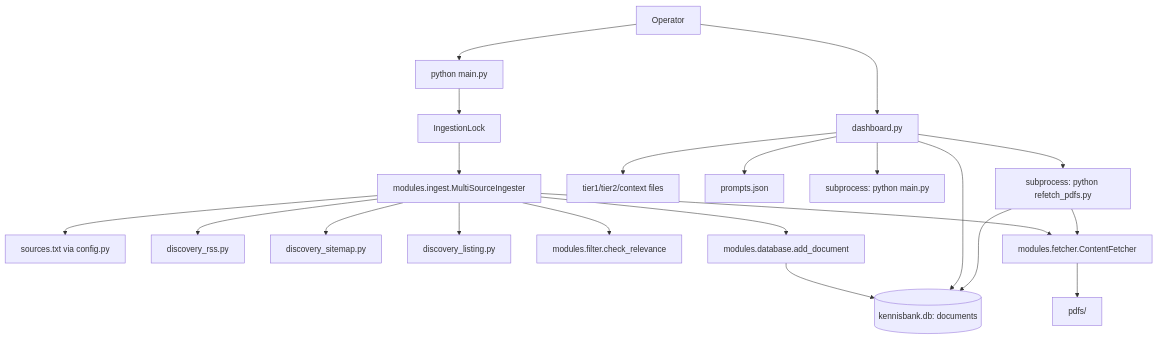
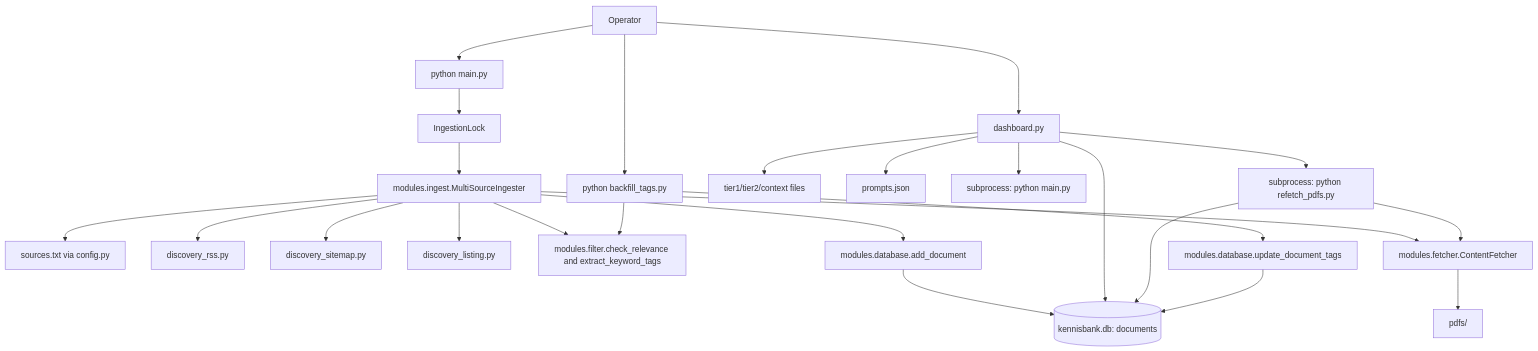
One commit to koen-bo/KA-database changed the diagram in PROJECT_STRUCTURE_OVERVIEW.md. Above: the diagram before and after it, drawn with Mermaid. The commit also changed other lines of this file and 15 other files, not shown here.

Commit message:
Add keyword tagging/backfill, EN Tier2 support, and Climate-ADAPT source fix

````diff
--- a/PROJECT_STRUCTURE_OVERVIEW.md
+++ b/PROJECT_STRUCTURE_OVERVIEW.md
@@ -96,25 +101,30 @@
 ```mermaid
 flowchart TD
     A[Operator] --> B[dashboard.py]
     A --> C[python main.py]
+    A --> T[python backfill_tags.py]
 
     C --> D[IngestionLock]
     D --> E[modules.ingest.MultiSourceIngester]
     E --> F[sources.txt via config.py]
     E --> G1[discovery_rss.py]
     E --> G2[discovery_sitemap.py]
     E --> G3[discovery_listing.py]
-    E --> H[modules.filter.check_relevance]
+    E --> H[modules.filter.check_relevance and extract_keyword_tags]
     E --> I[modules.fetcher.ContentFetcher]
     I --> J[pdfs/]
     E --> K[modules.database.add_document]
     K --> L[(kennisbank.db: documents)]
 
     B --> L
     B --> M[tier1/tier2/context files]
     B --> N[prompts.json]
     B --> O[subprocess: python main.py]
     B --> P[subprocess: python refetch_pdfs.py]
     P --> I
     P --> L
+
+    T --> H
+    T --> Q[modules.database.update_document_tags]
+    Q --> L
 ```
````
